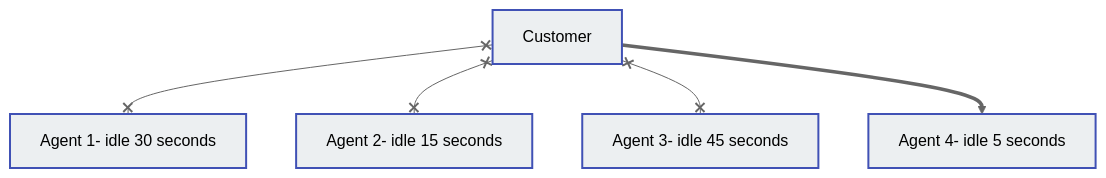
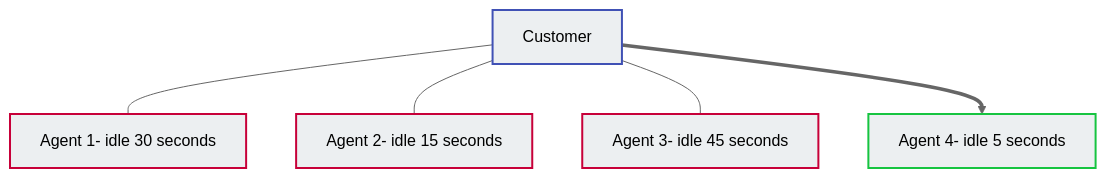
The third of 3 diagrams in docs/class5/creating-group.md (connexcs/docs), drawn with Mermaid (neutral theme) before and after one commit.

````diff
--- a/docs/class5/creating-group.md
+++ b/docs/class5/creating-group.md
@@ -49,12 +49,12 @@
 ```mermaid
 graph TD
-A[Customer] x--x B[Agent 1- idle 30 seconds]
-A x--x C[Agent 2- idle 15 seconds]
-A x--x D[Agent 3- idle 45 seconds]
+A[Customer] --- B[Agent 1- idle 30 seconds]
+A[Customer] --- C[Agent 2- idle 15 seconds]
+A[Customer] --- D[Agent 3- idle 45 seconds]
 A ==> E[Agent 4- idle 5 seconds]
 style A fill:#ECEFF1,stroke:#4051b5,stroke-width:2px
-style B fill:#ECEFF1,stroke:#4051b5,stroke-width:2px
-style C fill:#ECEFF1,stroke:#4051b5,stroke-width:2px
-style D fill:#ECEFF1,stroke:#4051b5,stroke-width:2px
-style E fill:#ECEFF1,stroke:#4051b5,stroke-width:2px
+style B fill:#ECEFF1,stroke:#C70039,stroke-width:2px
+style C fill:#ECEFF1,stroke:#C70039,stroke-width:2px
+style D fill:#ECEFF1,stroke:#C70039,stroke-width:2px
+style E fill:#ECEFF1,stroke:#16C440,stroke-width:2px
 ```
````
